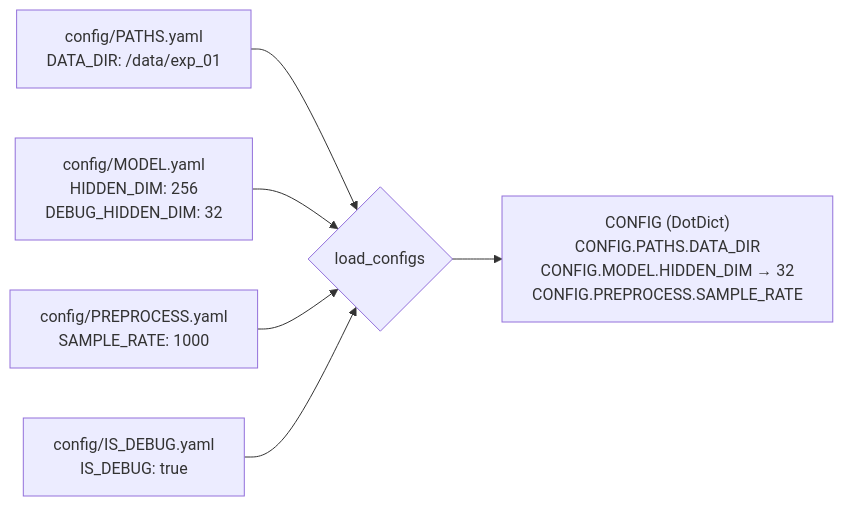
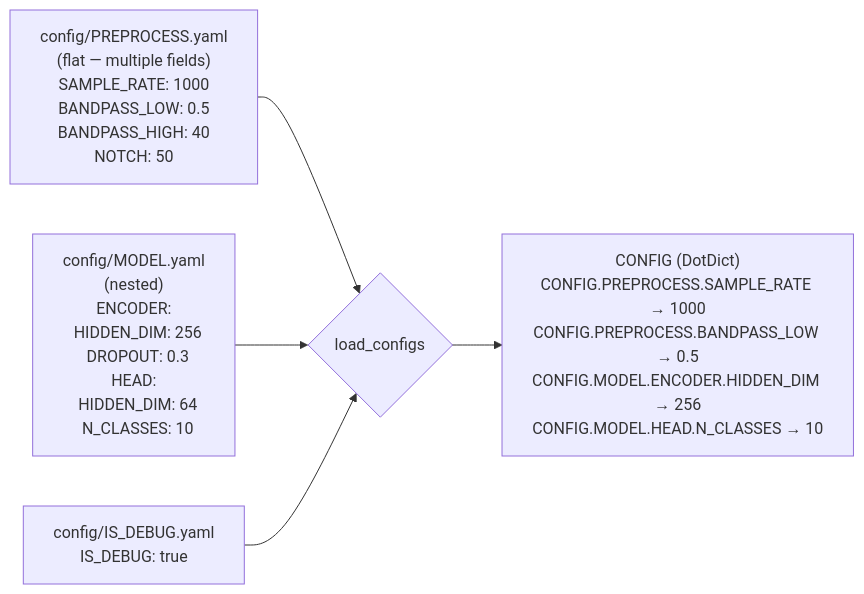
Before and after one commit to ywatanabe1989/scitex-io: the second of 3 diagrams in README.md, drawn with Mermaid.

Commit message:
docs(readme): config diagram now shows flat (PREPROCESS) and nested (MODEL.ENCODER/HEAD) YAML side by side

````diff
--- a/README.md
+++ b/README.md
@@ -125,8 +125,7 @@
 ```mermaid
 flowchart LR
-    P1["config/PATHS.yaml<br/>DATA_DIR: /data/exp_01"] --> M{load_configs}
-    P2["config/MODEL.yaml<br/>HIDDEN_DIM: 256<br/>DEBUG_HIDDEN_DIM: 32"] --> M
-    P3["config/PREPROCESS.yaml<br/>SAMPLE_RATE: 1000"] --> M
-    P4["config/IS_DEBUG.yaml<br/>IS_DEBUG: true"] --> M
-    M --> C["CONFIG (DotDict)<br/>CONFIG.PATHS.DATA_DIR<br/>CONFIG.MODEL.HIDDEN_DIM → 32<br/>CONFIG.PREPROCESS.SAMPLE_RATE"]
+    P1["config/PREPROCESS.yaml<br/>(flat — multiple fields)<br/>SAMPLE_RATE: 1000<br/>BANDPASS_LOW: 0.5<br/>BANDPASS_HIGH: 40<br/>NOTCH: 50"] --> M{load_configs}
+    P2["config/MODEL.yaml<br/>(nested)<br/>ENCODER:<br/>&nbsp;&nbsp;HIDDEN_DIM: 256<br/>&nbsp;&nbsp;DROPOUT: 0.3<br/>HEAD:<br/>&nbsp;&nbsp;HIDDEN_DIM: 64<br/>&nbsp;&nbsp;N_CLASSES: 10"] --> M
+    P3["config/IS_DEBUG.yaml<br/>IS_DEBUG: true"] --> M
+    M --> C["CONFIG (DotDict)<br/>CONFIG.PREPROCESS.SAMPLE_RATE → 1000<br/>CONFIG.PREPROCESS.BANDPASS_LOW → 0.5<br/>CONFIG.MODEL.ENCODER.HIDDEN_DIM → 256<br/>CONFIG.MODEL.HEAD.N_CLASSES → 10"]
 ```
````
